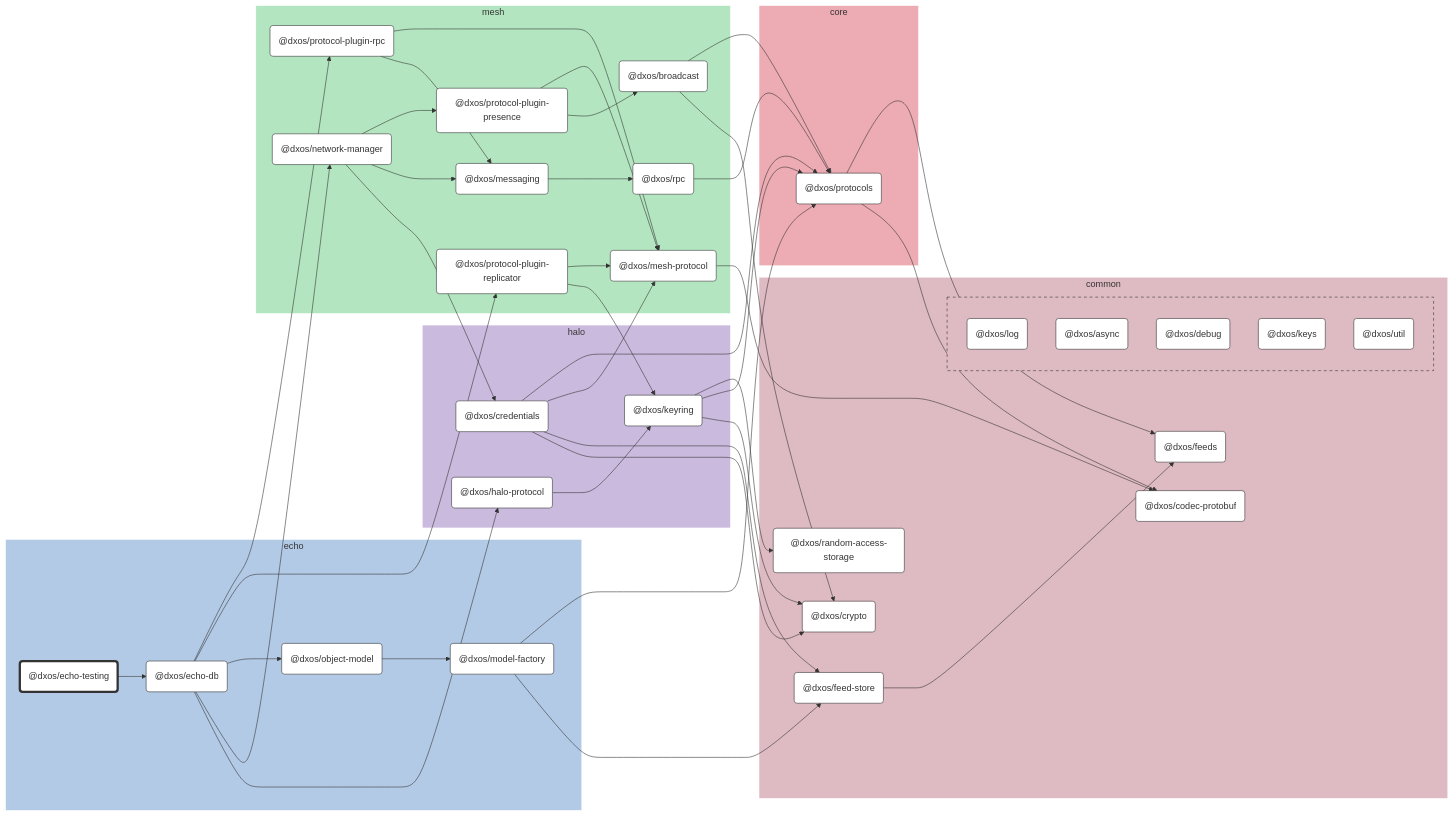
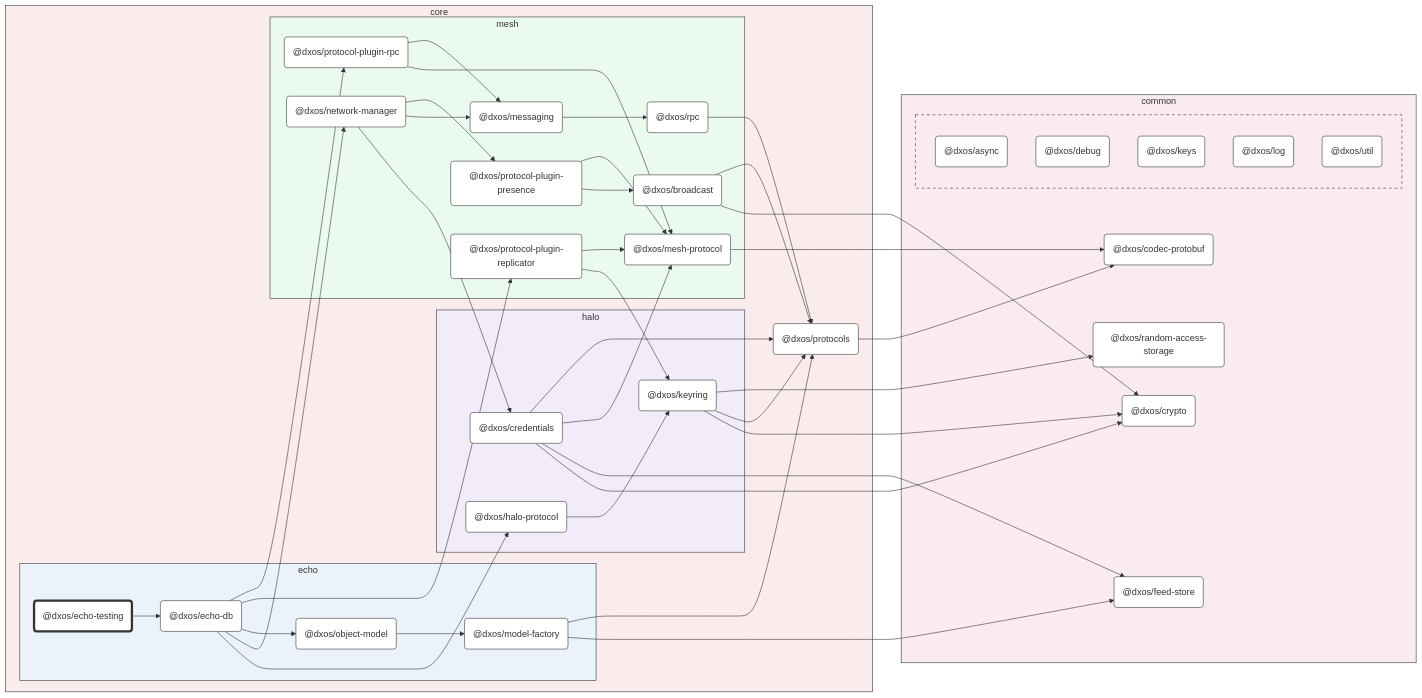
The diagram in packages/core/echo/echo-testing/docs/README.md (dxos/dxos), drawn with Mermaid before and after one commit. The commit also changed other lines of this file and 93 other files, not shown here.

First line of the commit message:
chore: hierarchical graphs. (#1583)

````diff
--- a/packages/core/echo/echo-testing/docs/README.md
+++ b/packages/core/echo/echo-testing/docs/README.md
@@ -15,80 +15,78 @@
 
 %% Nodes
 
-subgraph echo [echo]
-  style echo fill:#b3cae6,stroke:#fff
-  dxos/echo-testing("@dxos/echo-testing"):::root
-  click dxos/echo-testing "dxos/dxos/tree/main/packages/core/echo/echo-testing/docs"
-  dxos/echo-db("@dxos/echo-db"):::def
-  click dxos/echo-db "dxos/dxos/tree/main/packages/core/echo/echo-db/docs"
-  dxos/model-factory("@dxos/model-factory"):::def
-  click dxos/model-factory "dxos/dxos/tree/main/packages/core/echo/model-factory/docs"
-  dxos/object-model("@dxos/object-model"):::def
-  click dxos/object-model "dxos/dxos/tree/main/packages/core/echo/object-model/docs"
+subgraph core [core]
+  style core fill:#faebec,stroke:#333
+  dxos/protocols("@dxos/protocols"):::def
+  click dxos/protocols "dxos/dxos/tree/main/packages/core/protocols/docs"
+
+  subgraph echo [echo]
+    style echo fill:#ebf2fa,stroke:#333
+    dxos/echo-testing("@dxos/echo-testing"):::root
+    click dxos/echo-testing "dxos/dxos/tree/main/packages/core/echo/echo-testing/docs"
+    dxos/echo-db("@dxos/echo-db"):::def
+    click dxos/echo-db "dxos/dxos/tree/main/packages/core/echo/echo-db/docs"
+    dxos/model-factory("@dxos/model-factory"):::def
+    click dxos/model-factory "dxos/dxos/tree/main/packages/core/echo/model-factory/docs"
+    dxos/object-model("@dxos/object-model"):::def
+    click dxos/object-model "dxos/dxos/tree/main/packages/core/echo/object-model/docs"
+  end
+
+  subgraph halo [halo]
+    style halo fill:#f1ebfa,stroke:#333
+    dxos/credentials("@dxos/credentials"):::def
+    click dxos/credentials "dxos/dxos/tree/main/packages/core/halo/credentials/docs"
+    dxos/halo-protocol("@dxos/halo-protocol"):::def
+    click dxos/halo-protocol "dxos/dxos/tree/main/packages/core/halo/halo-protocol/docs"
+    dxos/keyring("@dxos/keyring"):::def
+    click dxos/keyring "dxos/dxos/tree/main/packages/core/halo/keyring/docs"
+  end
+
+  subgraph mesh [mesh]
+    style mesh fill:#ebfaef,stroke:#333
+    dxos/mesh-protocol("@dxos/mesh-protocol"):::def
+    click dxos/mesh-protocol "dxos/dxos/tree/main/packages/core/mesh/mesh-protocol/docs"
+    dxos/messaging("@dxos/messaging"):::def
+    click dxos/messaging "dxos/dxos/tree/main/packages/core/mesh/messaging/docs"
+    dxos/rpc("@dxos/rpc"):::def
+    click dxos/rpc "dxos/dxos/tree/main/packages/core/mesh/rpc/docs"
+    dxos/network-manager("@dxos/network-manager"):::def
+    click dxos/network-manager "dxos/dxos/tree/main/packages/core/mesh/network-manager/docs"
+    dxos/protocol-plugin-presence("@dxos/protocol-plugin-presence"):::def
+    click dxos/protocol-plugin-presence "dxos/dxos/tree/main/packages/core/mesh/protocol-plugin-presence/docs"
+    dxos/broadcast("@dxos/broadcast"):::def
+    click dxos/broadcast "dxos/dxos/tree/main/packages/core/mesh/broadcast/docs"
+    dxos/protocol-plugin-replicator("@dxos/protocol-plugin-replicator"):::def
+    click dxos/protocol-plugin-replicator "dxos/dxos/tree/main/packages/core/mesh/protocol-plugin-replicator/docs"
+    dxos/protocol-plugin-rpc("@dxos/protocol-plugin-rpc"):::def
+    click dxos/protocol-plugin-rpc "dxos/dxos/tree/main/packages/core/mesh/protocol-plugin-rpc/docs"
+  end
 end
 
 subgraph common [common]
-  style common fill:#debac2,stroke:#fff
+  style common fill:#faebee,stroke:#333
   dxos/codec-protobuf("@dxos/codec-protobuf"):::def
   click dxos/codec-protobuf "dxos/dxos/tree/main/packages/common/codec-protobuf/docs"
   dxos/crypto("@dxos/crypto"):::def
   click dxos/crypto "dxos/dxos/tree/main/packages/common/crypto/docs"
   dxos/feed-store("@dxos/feed-store"):::def
   click dxos/feed-store "dxos/dxos/tree/main/packages/common/feed-store/docs"
-  dxos/feeds("@dxos/feeds"):::def
-  click dxos/feeds "dxos/dxos/tree/main/packages/common/feeds/docs"
   dxos/random-access-storage("@dxos/random-access-storage"):::def
   click dxos/random-access-storage "dxos/dxos/tree/main/packages/common/random-access-storage/docs"
 
-  subgraph common-excluded [ ]
-    style common-excluded fill:#debac2,stroke:#333,stroke-dasharray:5 5
-    dxos/log("@dxos/log"):::def
-    click dxos/log "dxos/dxos/tree/main/packages/common/log/docs"
+  subgraph _ [ ]
+    style _ fill:#faebee,stroke:#333,stroke-dasharray:5 5
     dxos/async("@dxos/async"):::def
     click dxos/async "dxos/dxos/tree/main/packages/common/async/docs"
     dxos/debug("@dxos/debug"):::def
     click dxos/debug "dxos/dxos/tree/main/packages/common/debug/docs"
     dxos/keys("@dxos/keys"):::def
     click dxos/keys "dxos/dxos/tree/main/packages/common/keys/docs"
+    dxos/log("@dxos/log"):::def
+    click dxos/log "dxos/dxos/tree/main/packages/common/log/docs"
     dxos/util("@dxos/util"):::def
     click dxos/util "dxos/dxos/tree/main/packages/common/util/docs"
   end
-end
-
-subgraph halo [halo]
-  style halo fill:#cabade,stroke:#fff
-  dxos/credentials("@dxos/credentials"):::def
-  click dxos/credentials "dxos/dxos/tree/main/packages/core/halo/credentials/docs"
-  dxos/halo-protocol("@dxos/halo-protocol"):::def
-  click dxos/halo-protocol "dxos/dxos/tree/main/packages/core/halo/halo-protocol/docs"
-  dxos/keyring("@dxos/keyring"):::def
-  click dxos/keyring "dxos/dxos/tree/main/packages/core/halo/keyring/docs"
-end
-
-subgraph mesh [mesh]
-  style mesh fill:#b3e6c0,stroke:#fff
-  dxos/mesh-protocol("@dxos/mesh-protocol"):::def
-  click dxos/mesh-protocol "dxos/dxos/tree/main/packages/core/mesh/mesh-protocol/docs"
-  dxos/messaging("@dxos/messaging"):::def
-  click dxos/messaging "dxos/dxos/tree/main/packages/core/mesh/messaging/docs"
-  dxos/rpc("@dxos/rpc"):::def
-  click dxos/rpc "dxos/dxos/tree/main/packages/core/mesh/rpc/docs"
-  dxos/network-manager("@dxos/network-manager"):::def
-  click dxos/network-manager "dxos/dxos/tree/main/packages/core/mesh/network-manager/docs"
-  dxos/protocol-plugin-presence("@dxos/protocol-plugin-presence"):::def
-  click dxos/protocol-plugin-presence "dxos/dxos/tree/main/packages/core/mesh/protocol-plugin-presence/docs"
-  dxos/broadcast("@dxos/broadcast"):::def
-  click dxos/broadcast "dxos/dxos/tree/main/packages/core/mesh/broadcast/docs"
-  dxos/protocol-plugin-replicator("@dxos/protocol-plugin-replicator"):::def
-  click dxos/protocol-plugin-replicator "dxos/dxos/tree/main/packages/core/mesh/protocol-plugin-replicator/docs"
-  dxos/protocol-plugin-rpc("@dxos/protocol-plugin-rpc"):::def
-  click dxos/protocol-plugin-rpc "dxos/dxos/tree/main/packages/core/mesh/protocol-plugin-rpc/docs"
-end
-
-subgraph core [core]
-  style core fill:#edabb3,stroke:#fff
-  dxos/protocols("@dxos/protocols"):::def
-  click dxos/protocols "dxos/dxos/tree/main/packages/core/protocols/docs"
 end
 
 %% Links
@@ -96,12 +94,10 @@
 dxos/echo-testing --> dxos/echo-db
 dxos/credentials --> dxos/crypto
 dxos/credentials --> dxos/feed-store
-dxos/feed-store --> dxos/feeds
 dxos/credentials --> dxos/mesh-protocol
 dxos/mesh-protocol --> dxos/codec-protobuf
 dxos/credentials --> dxos/protocols
 dxos/protocols --> dxos/codec-protobuf
-dxos/protocols --> dxos/feeds
 dxos/echo-db --> dxos/halo-protocol
 dxos/halo-protocol --> dxos/keyring
 dxos/keyring --> dxos/crypto
@@ -125,6 +121,6 @@
 dxos/protocol-plugin-replicator --> dxos/keyring
 dxos/protocol-plugin-replicator --> dxos/mesh-protocol
 dxos/echo-db --> dxos/protocol-plugin-rpc
+dxos/protocol-plugin-rpc --> dxos/mesh-protocol
 dxos/protocol-plugin-rpc --> dxos/messaging
-dxos/protocol-plugin-rpc --> dxos/mesh-protocol
 ```
````
